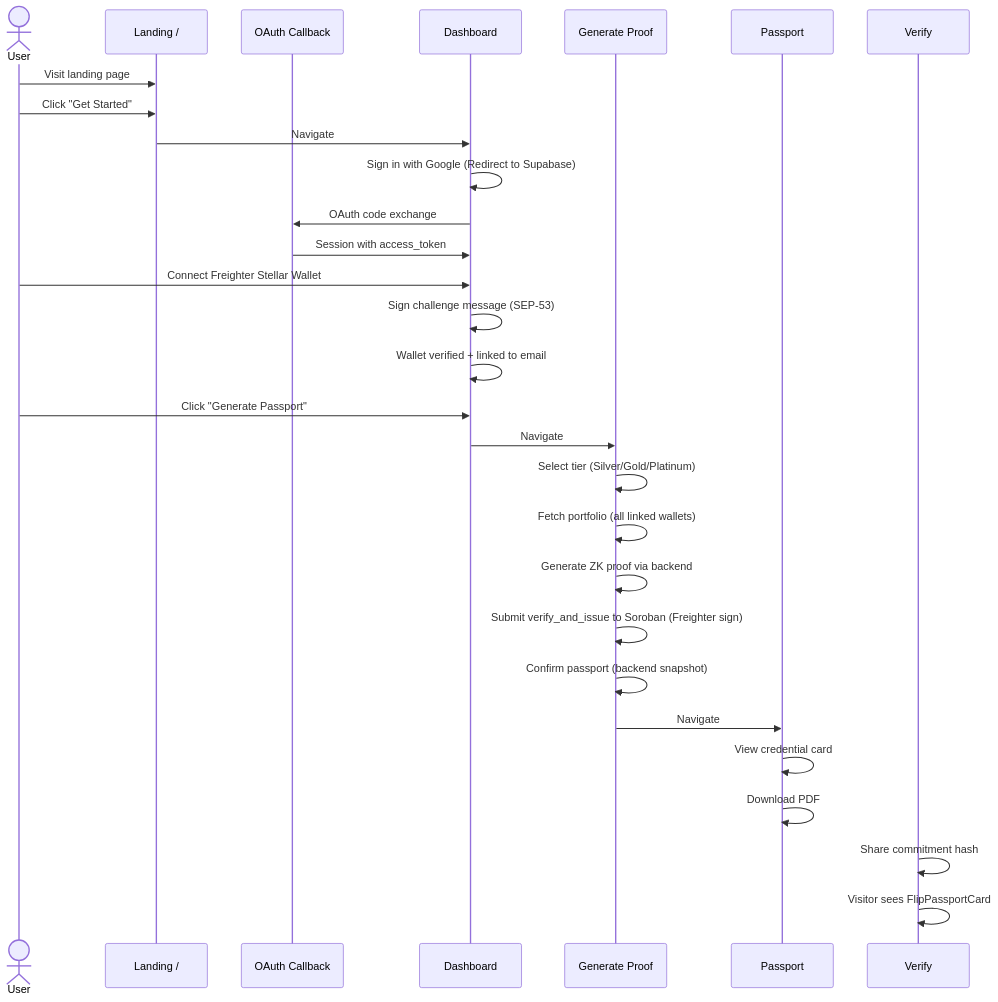
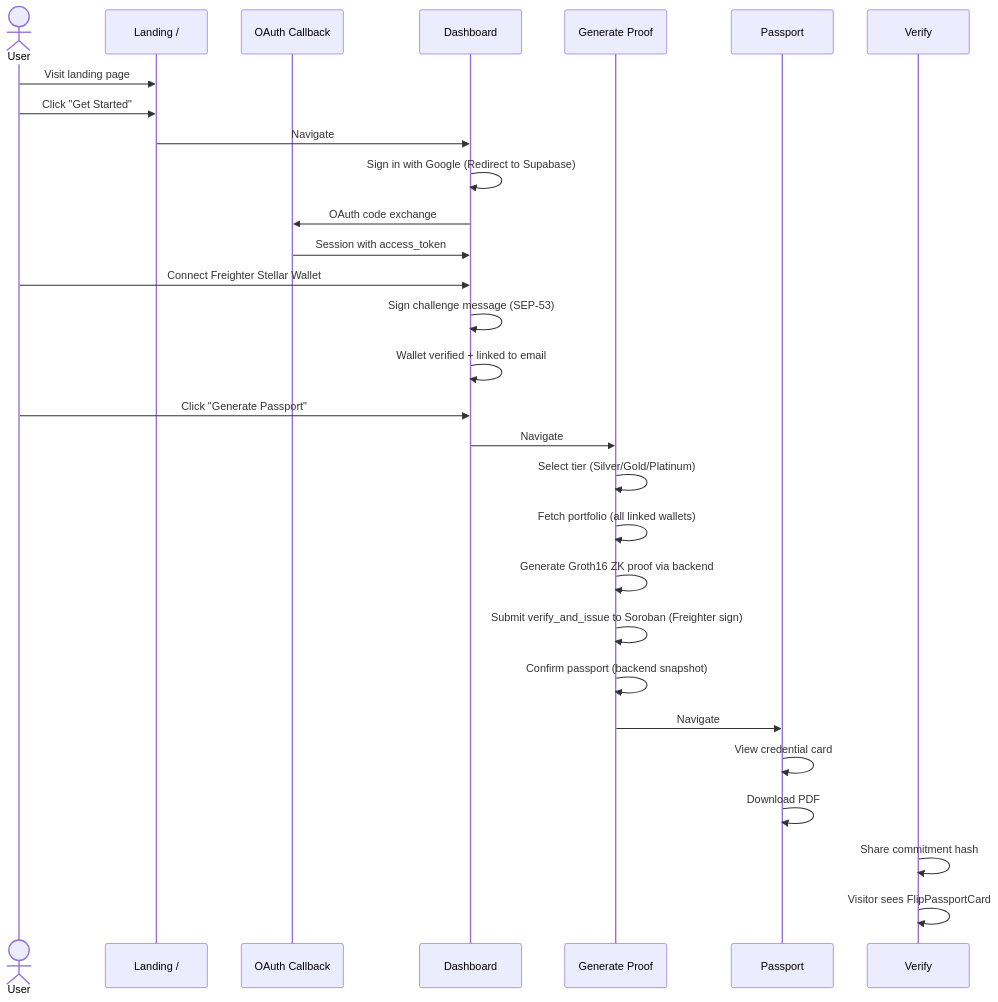
One commit to calebomondi/Credence changed the second of 2 diagrams in frontend/README.md. Above: the diagram before and after it, drawn with Mermaid. The commit also changed other lines of this file, not shown here.

Commit message:
Update README.md to specify Groth16 ZK proof in proof generation process and enhance ScVal construction details

````diff
--- a/frontend/README.md
+++ b/frontend/README.md
@@ -27,38 +27,38 @@
 ```mermaid
 sequenceDiagram
   actor U as User
   participant L as Landing /
   participant CB as OAuth Callback
   participant D as Dashboard
   participant GP as Generate Proof
   participant P as Passport
   participant V as Verify
 
   U->>L: Visit landing page
   U->>L: Click "Get Started"
   L->>D: Navigate
 
   D->>D: Sign in with Google (Redirect to Supabase)
   D->>CB: OAuth code exchange
   CB->>D: Session with access_token
 
   U->>D: Connect Freighter Stellar Wallet
   D->>D: Sign challenge message (SEP-53)
   D->>D: Wallet verified + linked to email
 
   U->>D: Click "Generate Passport"
   D->>GP: Navigate
 
   GP->>GP: Select tier (Silver/Gold/Platinum)
   GP->>GP: Fetch portfolio (all linked wallets)
-  GP->>GP: Generate ZK proof via backend
+  GP->>GP: Generate Groth16 ZK proof via backend
   GP->>GP: Submit verify_and_issue to Soroban (Freighter sign)
   GP->>GP: Confirm passport (backend snapshot)
   GP->>P: Navigate
 
   P->>P: View credential card
   P->>P: Download PDF
 
   V->>V: Share commitment hash
   V->>V: Visitor sees FlipPassportCard
 ```
````
